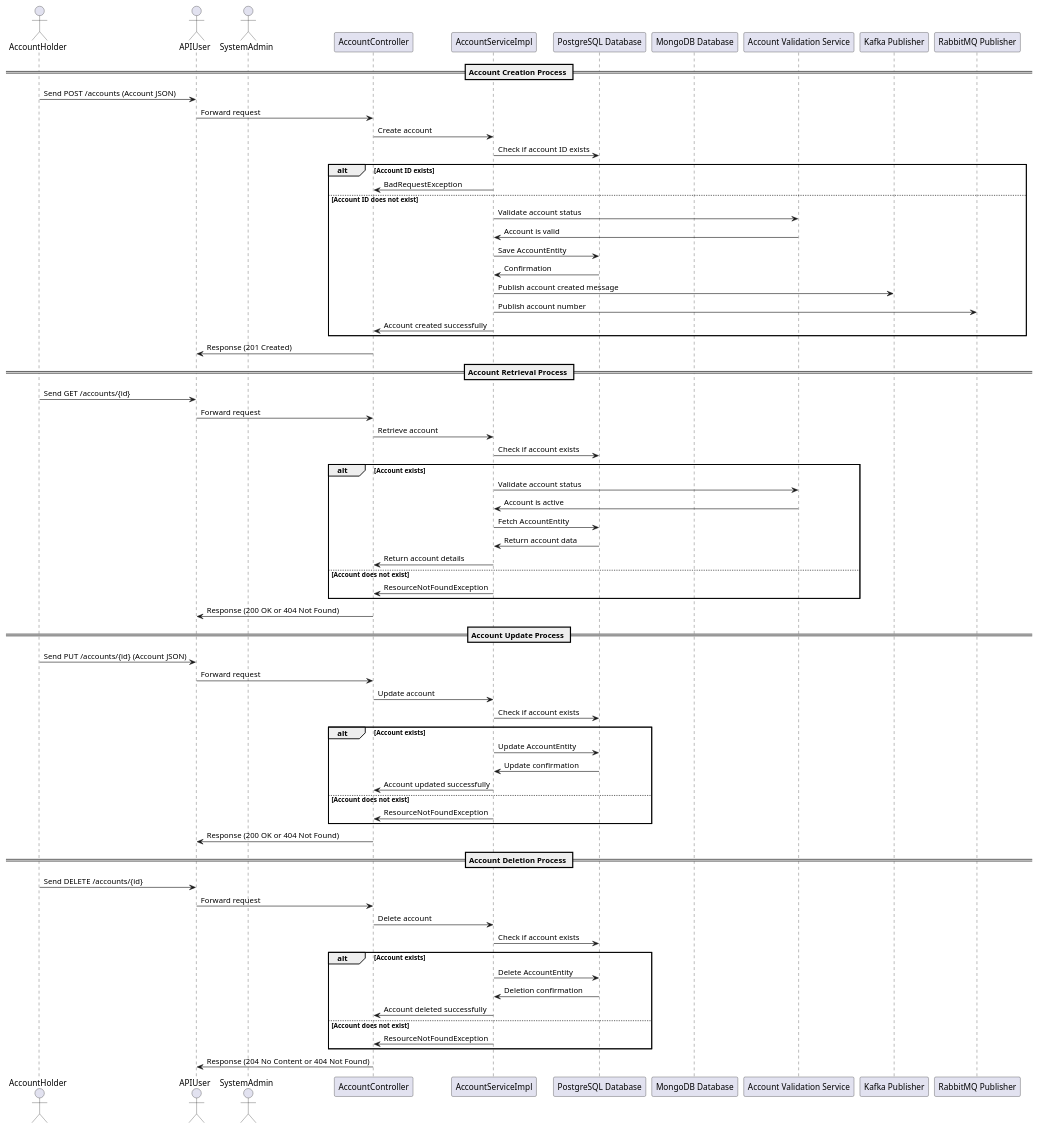
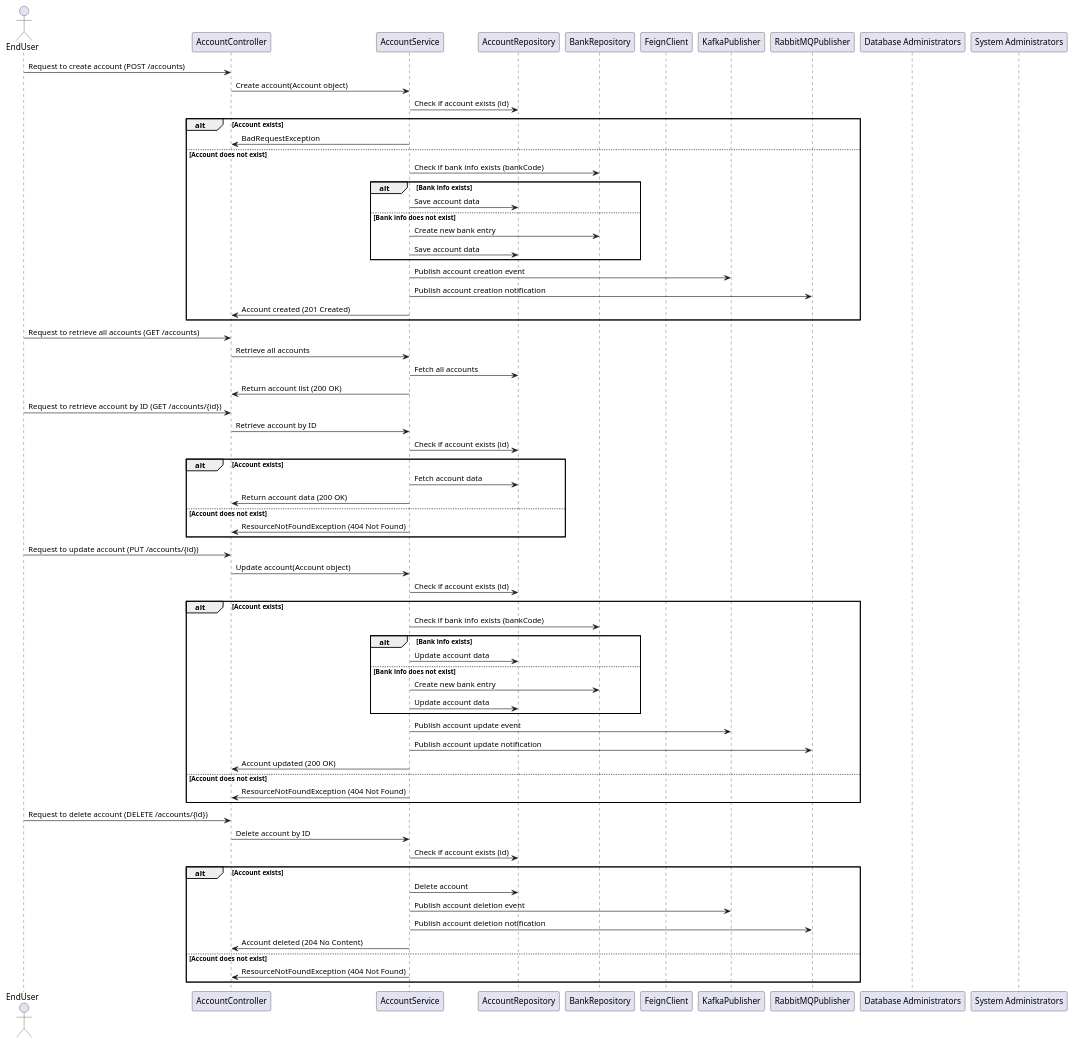
Before and after one commit to Bhaskar-Pavan/AccountService: the diagram in design_document/Account_Service.md, drawn with PlantUML. The commit also changed other lines of this file, not shown here.

````diff
--- a/design_document/Account_Service.md
+++ b/design_document/Account_Service.md
@@ -36,78 +37,78 @@
 ```plantuml
 @startuml
+actor EndUser as User
+participant "AccountController" as Controller
+participant "AccountService" as Service
+participant "AccountRepository" as AccountRepo
+participant "BankRepository" as BankRepo
+participant "FeignClient" as Feign
+participant "KafkaPublisher" as Kafka
+participant "RabbitMQPublisher" as RabbitMQ
+participant "Database Administrators" as DBAdmin
+participant "System Administrators" as SysAdmin
 
-actor AccountHolder as AH
-actor APIUser as API
-actor SystemAdmin as SA
-participant "AccountController" as AC
-participant "AccountServiceImpl" as AS
-participant "PostgreSQL Database" as PG
-participant "MongoDB Database" as MG
-participant "Account Validation Service" as AVS
-participant "Kafka Publisher" as KP
-participant "RabbitMQ Publisher" as RP
+User -> Controller: Request to create account (POST /accounts)
+Controller -> Service: Create account(Account object)
+Service -> AccountRepo: Check if account exists (id)
+alt Account exists
+    Service -> Controller: BadRequestException
+else Account does not exist
+    Service -> BankRepo: Check if bank info exists (bankCode)
+    alt Bank info exists
+        Service -> AccountRepo: Save account data
+    else Bank info does not exist
+        Service -> BankRepo: Create new bank entry
+        Service -> AccountRepo: Save account data
+    end
+    Service -> Kafka: Publish account creation event
+    Service -> RabbitMQ: Publish account creation notification
+    Service -> Controller: Account created (201 Created)
+end
 
-== Account Creation Process ==
-AH -> API: Send POST /accounts (Account JSON)
-API -> AC: Forward request
-AC -> AS: Create account
-AS -> PG: Check if account ID exists
-alt Account ID exists
-    AS -> AC: BadRequestException
-else Account ID does not exist
-    AS -> AVS: Validate account status
-    AVS -> AS: Account is valid
-    AS -> PG: Save AccountEntity
-    PG -> AS: Confirmation
-    AS -> KP: Publish account created message
-    AS -> RP: Publish account number
-    AS -> AC: Account created successfully
+User -> Controller: Request to retrieve all accounts (GET /accounts)
+Controller -> Service: Retrieve all accounts
+Service -> AccountRepo: Fetch all accounts
+Service -> Controller: Return account list (200 OK)
+
+User -> Controller: Request to retrieve account by ID (GET /accounts/{id})
+Controller -> Service: Retrieve account by ID
+Service -> AccountRepo: Check if account exists (id)
+alt Account exists
+    Service -> AccountRepo: Fetch account data
+    Service -> Controller: Return account data (200 OK)
+else Account does not exist
+    Service -> Controller: ResourceNotFoundException (404 Not Found)
 end
-AC -> API: Response (201 Created)
 
-== Account Retrieval Process ==
-AH -> API: Send GET /accounts/{id}
-API -> AC: Forward request
-AC -> AS: Retrieve account
-AS -> PG: Check if account exists
+User -> Controller: Request to update account (PUT /accounts/{id})
+Controller -> Service: Update account(Account object)
+Service -> AccountRepo: Check if account exists (id)
 alt Account exists
-    AS -> AVS: Validate account status
-    AVS -> AS: Account is active
-    AS -> PG: Fetch AccountEntity
-    PG -> AS: Return account data
-    AS -> AC: Return account details
+    Service -> BankRepo: Check if bank info exists (bankCode)
+    alt Bank info exists
+        Service -> AccountRepo: Update account data
+    else Bank info does not exist
+        Service -> BankRepo: Create new bank entry
+        Service -> AccountRepo: Update account data
+    end
+    Service -> Kafka: Publish account update event
+    Service -> RabbitMQ: Publish account update notification
+    Service -> Controller: Account updated (200 OK)
 else Account does not exist
-    AS -> AC: ResourceNotFoundException
+    Service -> Controller: ResourceNotFoundException (404 Not Found)
 end
-AC -> API: Response (200 OK or 404 Not Found)
 
-== Account Update Process ==
-AH -> API: Send PUT /accounts/{id} (Account JSON)
-API -> AC: Forward request
-AC -> AS: Update account
-AS -> PG: Check if account exists
+User -> Controller: Request to delete account (DELETE /accounts/{id})
+Controller -> Service: Delete account by ID
+Service -> AccountRepo: Check if account exists (id)
 alt Account exists
-    AS -> PG: Update AccountEntity
-    PG -> AS: Update confirmation
-    AS -> AC: Account updated successfully
+    Service -> AccountRepo: Delete account
+    Service -> Kafka: Publish account deletion event
+    Service -> RabbitMQ: Publish account deletion notification
+    Service -> Controller: Account deleted (204 No Content)
 else Account does not exist
-    AS -> AC: ResourceNotFoundException
+    Service -> Controller: ResourceNotFoundException (404 Not Found)
 end
-AC -> API: Response (200 OK or 404 Not Found)
-
-== Account Deletion Process ==
-AH -> API: Send DELETE /accounts/{id}
-API -> AC: Forward request
-AC -> AS: Delete account
-AS -> PG: Check if account exists
-alt Account exists
-    AS -> PG: Delete AccountEntity
-    PG -> AS: Deletion confirmation
-    AS -> AC: Account deleted successfully
-else Account does not exist
-    AS -> AC: ResourceNotFoundException
-end
-AC -> API: Response (204 No Content or 404 Not Found)
 
 @enduml
 ```
````
